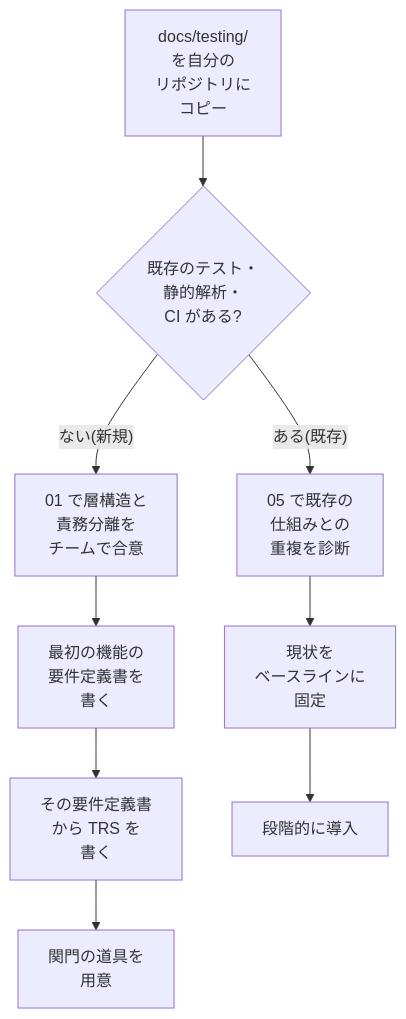
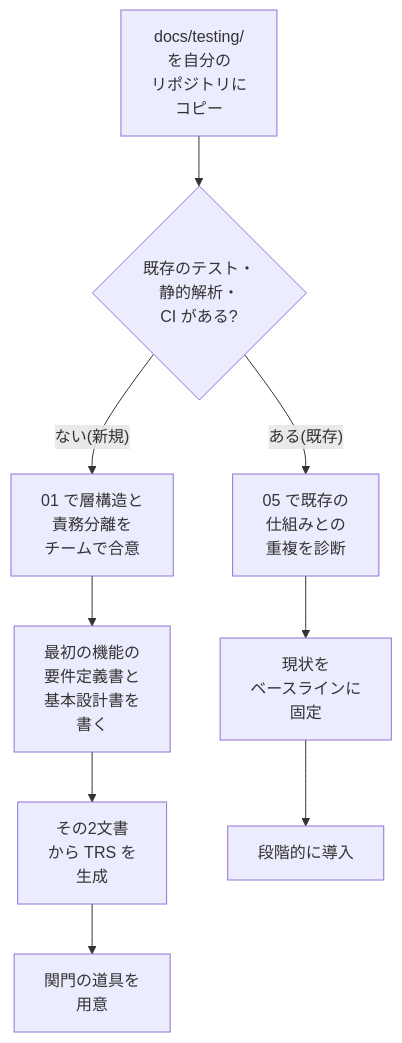
Before and after one commit to toshio-shiratori/harness-test-strategy: the second of 3 diagrams in README.md, drawn with Mermaid. The commit also changed other lines of this file and 8 other files, not shown here.

````diff
--- a/README.md
+++ b/README.md
@@ -48,6 +48,6 @@
 ```mermaid
 flowchart TB
   C["docs/testing/<br/>を自分の<br/>リポジトリに<br/>コピー"] --> Q{"既存のテスト・<br/>静的解析・<br/>CI がある?"}
-  Q -- "ない(新規)" --> N1["01 で層構造と<br/>責務分離を<br/>チームで合意"] --> N2["最初の機能の<br/>要件定義書を<br/>書く"] --> N2b["その要件定義書<br/>から TRS を<br/>書く"] --> N3["関門の道具を<br/>用意"]
+  Q -- "ない(新規)" --> N1["01 で層構造と<br/>責務分離を<br/>チームで合意"] --> N2["最初の機能の<br/>要件定義書と<br/>基本設計書を<br/>書く"] --> N2b["その2文書<br/>から TRS を<br/>生成"] --> N3["関門の道具を<br/>用意"]
   Q -- "ある(既存)" --> E1["05 で既存の<br/>仕組みとの<br/>重複を診断"] --> E2["現状を<br/>ベースラインに<br/>固定"] --> E3["段階的に導入"]
 ```
````
